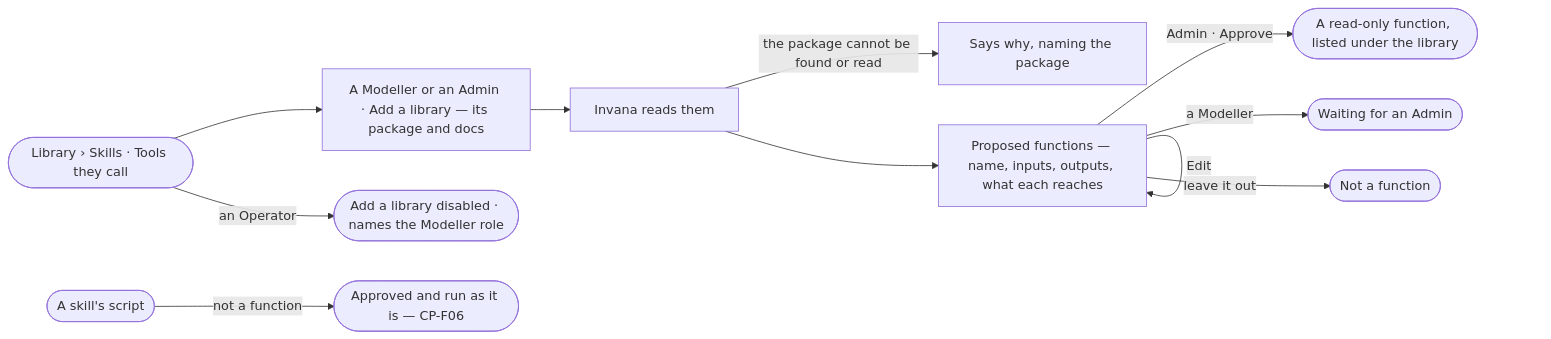
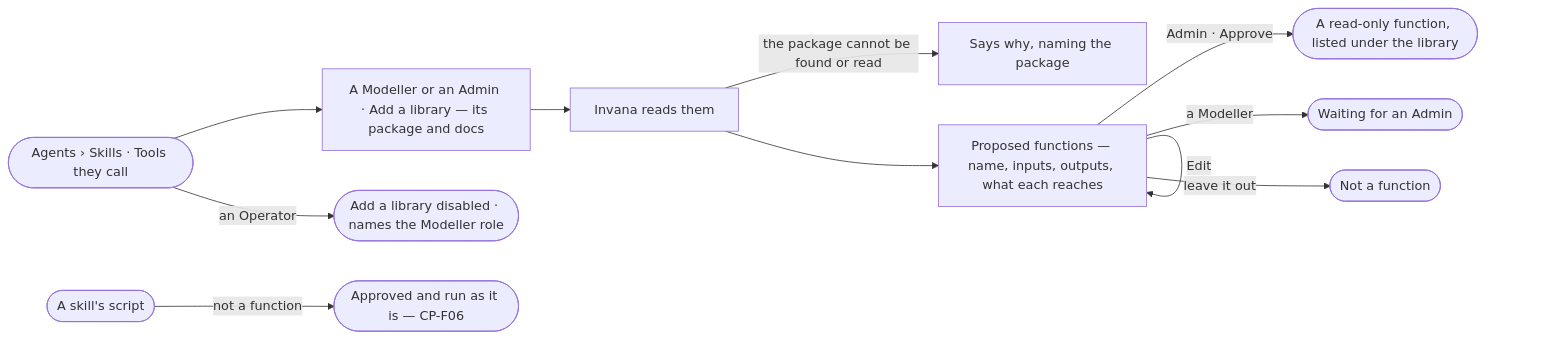
One commit to invana/invana changed the diagram in specs/capabilities/agents/features/AG-F08-portable-agents-and-skills/stories/AG-40-turn-a-library-into-functions-an-admin-approves/story.md. Above: the diagram before and after it, drawn with Mermaid. The commit also changed other lines of this file and 106 other files, not shown here.

````diff
--- a/specs/capabilities/agents/features/AG-F08-portable-agents-and-skills/stories/AG-40-turn-a-library-into-functions-an-admin-approves/story.md
+++ b/specs/capabilities/agents/features/AG-F08-portable-agents-and-skills/stories/AG-40-turn-a-library-into-functions-an-admin-approves/story.md
@@ -30,13 +30,13 @@
 ```mermaid
 flowchart LR
-  a([Library › Skills · Tools they call]) --> l["A Modeller or an Admin · Add a library — its package and docs"]
+  a([Agents › Skills · Tools they call]) --> l["A Modeller or an Admin · Add a library — its package and docs"]
   a -->|an Operator| na(["Add a library disabled · names the Modeller role"])
   l --> r["Invana reads them"]
   r -->|the package cannot be found or read| rx["Says why, naming the package"]
   r --> p["Proposed functions — name, inputs, outputs, what each reaches"]
   p -->|Edit| p
   p -->|Admin · Approve| f(["A read-only function, listed under the library"])
   p -->|a Modeller| w(["Waiting for an Admin"])
   p -->|leave it out| o(["Not a function"])
   s([A skill's script]) -->|not a function| sc(["Approved and run as it is — CP-F06"])
 ```
````
